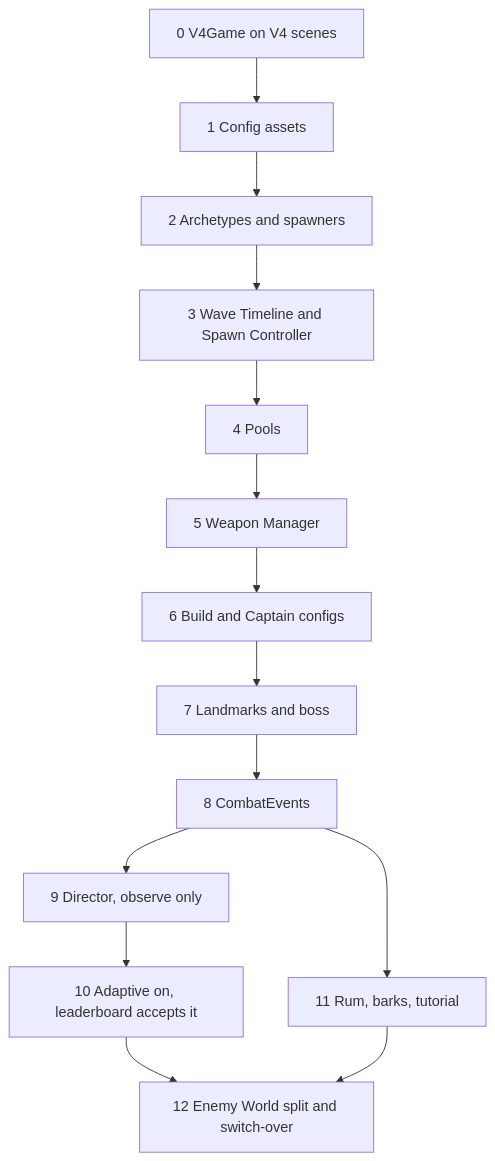
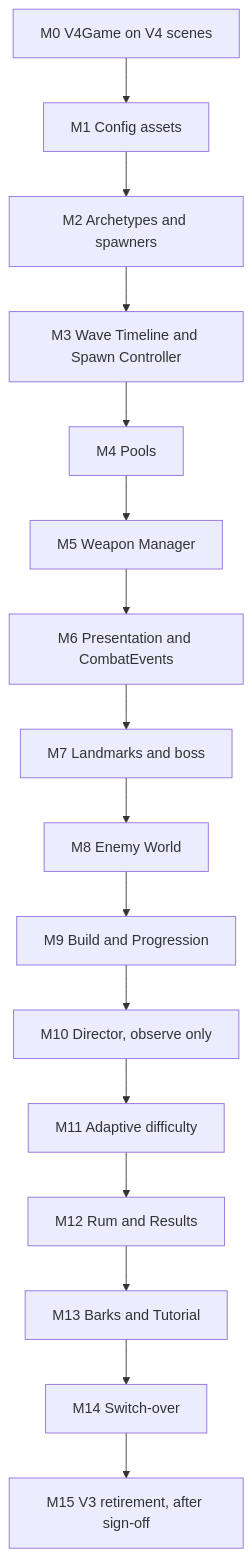
Before and after one commit to Abz1624/Pirate-Game: the second of 2 diagrams in docs/V4_IMPLEMENTATION_PLAN.md, drawn with Mermaid. The commit also changed other lines of this file and 134 other files, not shown here.

````diff
--- a/docs/V4_IMPLEMENTATION_PLAN.md
+++ b/docs/V4_IMPLEMENTATION_PLAN.md
@@ -398,16 +427,18 @@
 ```mermaid
 flowchart TD
-    P0["0 V4Game on V4 scenes"] --> P1["1 Config assets"]
-    P1 --> P2["2 Archetypes and spawners"]
-    P2 --> P3["3 Wave Timeline and Spawn Controller"]
-    P3 --> P4["4 Pools"]
-    P4 --> P5["5 Weapon Manager"]
-    P5 --> P6["6 Build and Captain configs"]
-    P6 --> P7["7 Landmarks and boss"]
-    P7 --> P8["8 CombatEvents"]
-    P8 --> P9["9 Director, observe only"]
-    P9 --> P10["10 Adaptive on, leaderboard accepts it"]
-    P8 --> P11["11 Rum, barks, tutorial"]
-    P10 --> P12["12 Enemy World split and switch-over"]
-    P11 --> P12
+    M0["M0 V4Game on V4 scenes"] --> M1["M1 Config assets"]
+    M1 --> M2["M2 Archetypes and spawners"]
+    M2 --> M3["M3 Wave Timeline and Spawn Controller"]
+    M3 --> M4["M4 Pools"]
+    M4 --> M5["M5 Weapon Manager"]
+    M5 --> M6["M6 Presentation and CombatEvents"]
+    M6 --> M7["M7 Landmarks and boss"]
+    M7 --> M8["M8 Enemy World"]
+    M8 --> M9["M9 Build and Progression"]
+    M9 --> M10["M10 Director, observe only"]
+    M10 --> M11["M11 Adaptive difficulty"]
+    M11 --> M12["M12 Rum and Results"]
+    M12 --> M13["M13 Barks and Tutorial"]
+    M13 --> M14["M14 Switch-over"]
+    M14 --> M15["M15 V3 retirement, after sign-off"]
 ```
````
